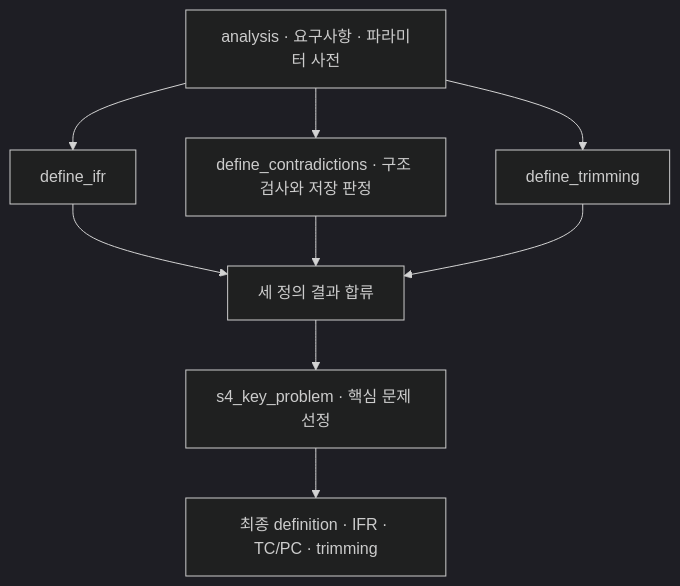
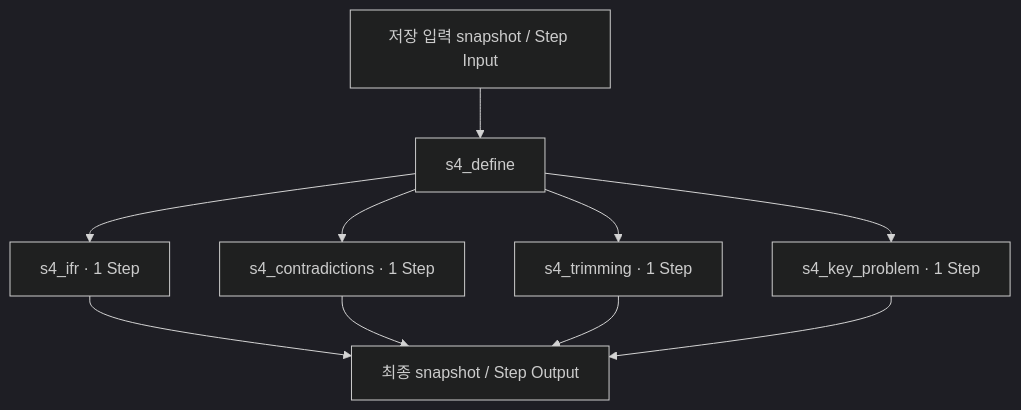
Before and after one commit to equipment0226/triz_backend: the diagram in docs/sample-data/rotation-serial-latest/stages/06-s4-define.md, drawn with Mermaid (dark theme). The commit also changed other lines of this file and 1606 other files, not shown here.

````diff
--- a/docs/sample-data/rotation-serial-latest/stages/06-s4-define.md
+++ b/docs/sample-data/rotation-serial-latest/stages/06-s4-define.md
@@ -9,11 +11,12 @@
 ```mermaid
 flowchart TD
-    I["analysis · 요구사항 · 파라미터 사전"] --> A["define_ifr"]
-    I --> B["define_contradictions · 구조 검사와 저장 판정"]
-    I --> C["define_trimming"]
-    A --> J["세 정의 결과 합류"]
-    B --> J
-    C --> J
-    J --> K["s4_key_problem · 핵심 문제 선정"]
-    K --> O["최종 definition · IFR · TC/PC · trimming"]
+    I["저장 입력 snapshot / Step Input"] --> S["s4_define"]
+    S --> P0["s4_ifr · 1 Step"]
+    P0 --> O["최종 snapshot / Step Output"]
+    S --> P1["s4_contradictions · 1 Step"]
+    P1 --> O["최종 snapshot / Step Output"]
+    S --> P2["s4_trimming · 1 Step"]
+    P2 --> O["최종 snapshot / Step Output"]
+    S --> P3["s4_key_problem · 1 Step"]
+    P3 --> O["최종 snapshot / Step Output"]
 ```
````
